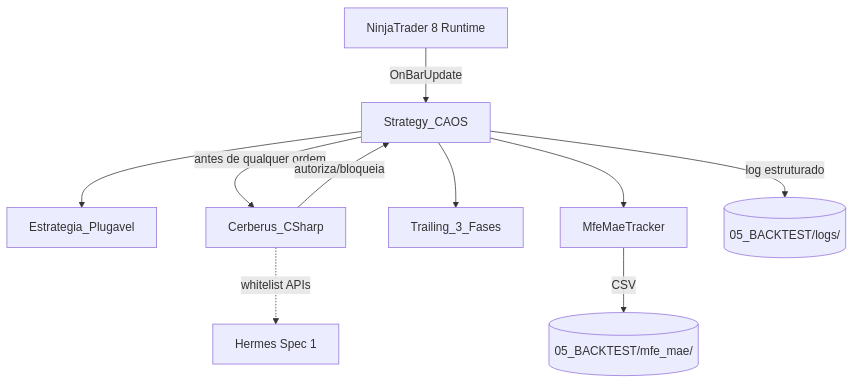
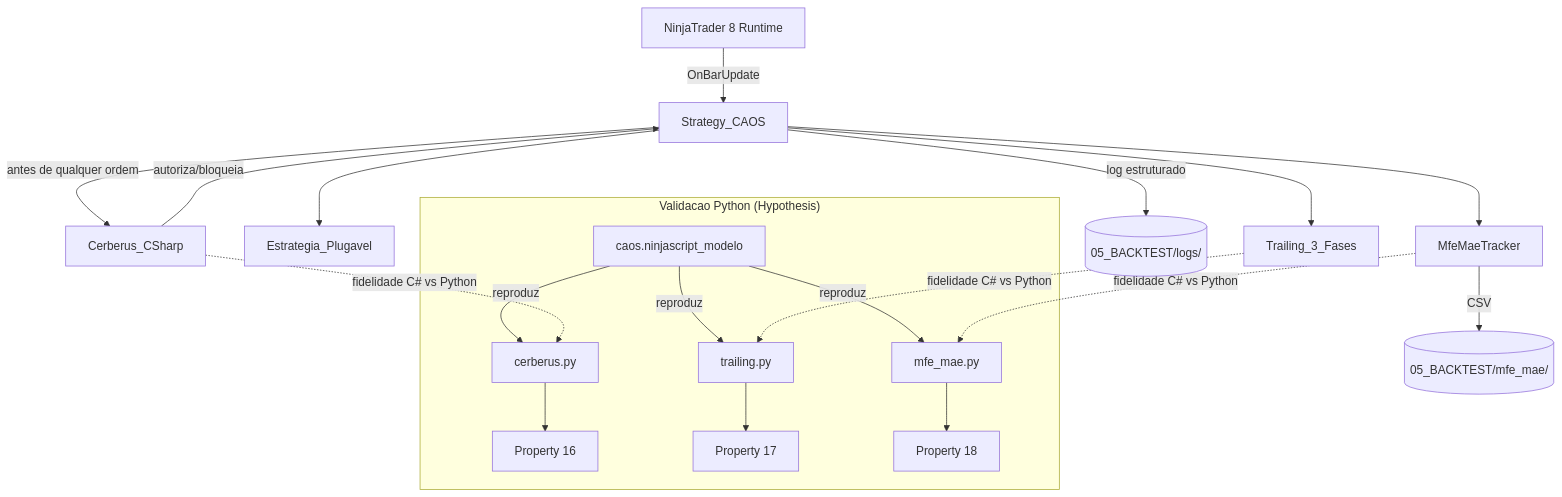
Before and after one commit to irwagner/Caos: the first of 2 diagrams in .kiro/specs/caos-ninjascript-nucleo/design.md, drawn with Mermaid. The commit also changed other lines of this file and 2 other files, not shown here.

First line of the commit message:
docs(spec-3): simplifica para fluxo NinjaScript Editor + Properties Python

````diff
--- a/.kiro/specs/caos-ninjascript-nucleo/design.md
+++ b/.kiro/specs/caos-ninjascript-nucleo/design.md
@@ -19,12 +23,25 @@
 ```mermaid
 graph TB
     NT8[NinjaTrader 8 Runtime] -->|OnBarUpdate| Strategy[Strategy_CAOS]
     Strategy --> Plugavel[Estrategia_Plugavel]
     Strategy -->|antes de qualquer ordem| Cerberus[Cerberus_CSharp]
     Cerberus -->|autoriza/bloqueia| Strategy
     Strategy --> Trailing[Trailing_3_Fases]
     Strategy --> MfeMae[MfeMaeTracker]
     MfeMae -->|CSV| Disco[(05_BACKTEST/mfe_mae/)]
     Strategy -->|log estruturado| Logs[(05_BACKTEST/logs/)]
-    Cerberus -.->|whitelist APIs| Hermes[Hermes Spec 1]
+
+    subgraph "Validacao Python (Hypothesis)"
+        ModeloPy[caos.ninjascript_modelo]
+        ModeloPy -->|reproduz| CerberusPy[cerberus.py]
+        ModeloPy -->|reproduz| TrailingPy[trailing.py]
+        ModeloPy -->|reproduz| MfeMaePy[mfe_mae.py]
+        CerberusPy --> P16[Property 16]
+        TrailingPy --> P17[Property 17]
+        MfeMaePy --> P18[Property 18]
+    end
+
+    Cerberus -.fidelidade C# vs Python.-> CerberusPy
+    Trailing -.fidelidade C# vs Python.-> TrailingPy
+    MfeMae -.fidelidade C# vs Python.-> MfeMaePy
 ```
````
